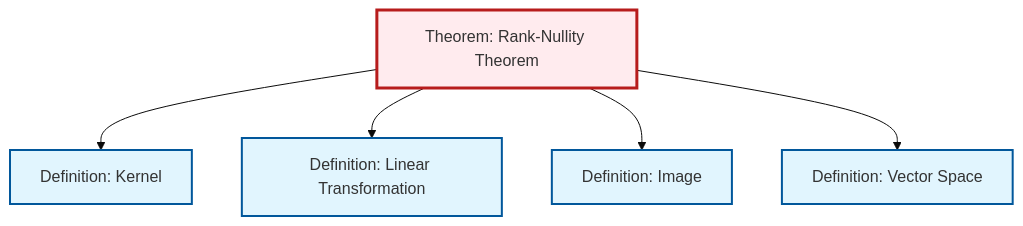
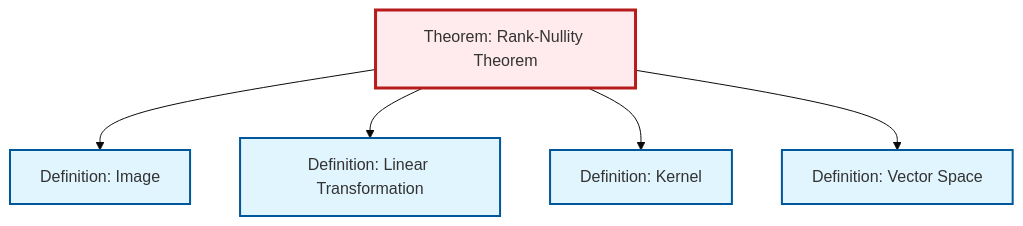
The diagram in output/mermaid/thm-rank-nullity.mermaid (RK0429/ModernMath), drawn with Mermaid (base theme) before and after one commit. The commit also changed other lines of this file and 434 other files, not shown here.

```diff
--- a/output/mermaid/thm-rank-nullity.mermaid
+++ b/output/mermaid/thm-rank-nullity.mermaid
@@ -1,17 +1,17 @@
 %%| fig-cap: "Local dependency graph"
 graph TD
     classDef definition fill:#e1f5fe,stroke:#01579b,stroke-width:2px
     classDef theorem fill:#f3e5f5,stroke:#4a148c,stroke-width:2px
     classDef axiom fill:#fff3e0,stroke:#e65100,stroke-width:2px
     classDef example fill:#e8f5e9,stroke:#1b5e20,stroke-width:2px
     classDef current fill:#ffebee,stroke:#b71c1c,stroke-width:3px
+    def-linear-transformation["Definition: Linear Transformation"]:::definition
     def-kernel["Definition: Kernel"]:::definition
+    def-image["Definition: Image"]:::definition
+    thm-rank-nullity["Theorem: Rank-Nullity Theorem"]:::theorem
     def-vector-space["Definition: Vector Space"]:::definition
-    thm-rank-nullity["Theorem: Rank-Nullity Theorem"]:::theorem
-    def-image["Definition: Image"]:::definition
-    def-linear-transformation["Definition: Linear Transformation"]:::definition
+    thm-rank-nullity --> def-image
+    thm-rank-nullity --> def-linear-transformation
     thm-rank-nullity --> def-kernel
-    thm-rank-nullity --> def-linear-transformation
-    thm-rank-nullity --> def-image
     thm-rank-nullity --> def-vector-space
     class thm-rank-nullity current
```
